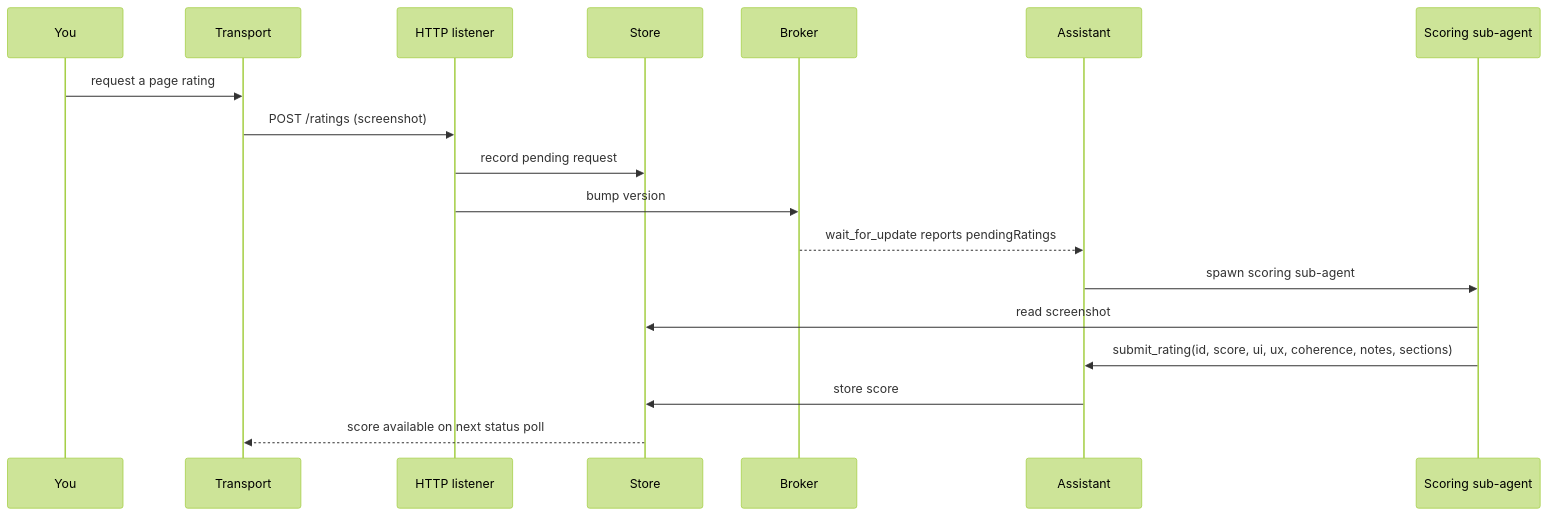
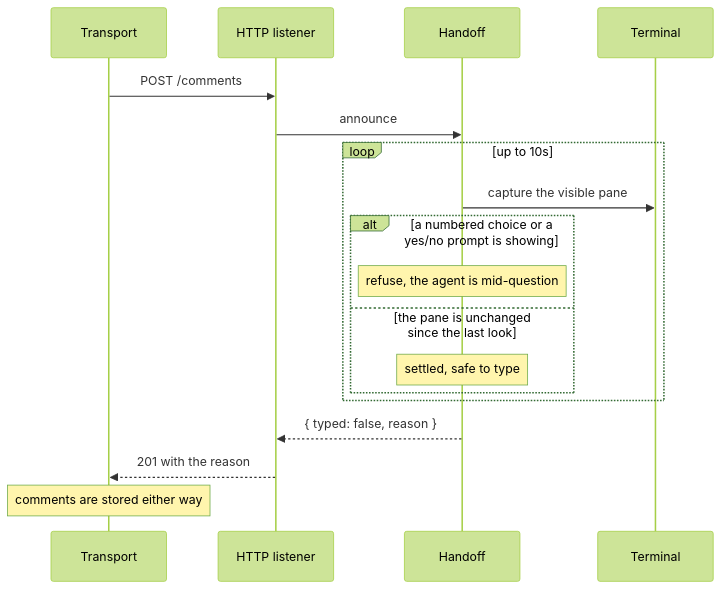
The third of 3 diagrams in docs/flows.md (pallandir/claude-comments), drawn with Mermaid (forest theme) before and after one commit. The commit also changed other lines of this file and 16 other files, not shown here.

First line of the commit message:
docs: rewrite for the terminal handoff and Firefox support

````diff
--- a/docs/flows.md
+++ b/docs/flows.md
@@ -110,21 +78,21 @@
 ```mermaid
 sequenceDiagram
-    participant U as You
     participant X as Transport
     participant H as HTTP listener
-    participant S as Store
-    participant B as Broker
-    participant A as Assistant
-    participant G as Scoring sub-agent
+    participant K as Handoff
+    participant P as Terminal
 
-    U->>X: request a page rating
-    X->>H: POST /ratings (screenshot)
-    H->>S: record pending request
-    H->>B: bump version
-    B-->>A: wait_for_update reports pendingRatings
-    A->>G: spawn scoring sub-agent
-    G->>S: read screenshot
-    G->>A: submit_rating(id, score, ui, ux, coherence, notes, sections)
-    A->>S: store score
-    S-->>X: score available on next status poll
+    X->>H: POST /comments
+    H->>K: announce
+    loop up to 10s
+        K->>P: capture the visible pane
+        alt a numbered choice or a yes/no prompt is showing
+            Note over K: refuse, the agent is mid-question
+        else the pane is unchanged since the last look
+            Note over K: settled, safe to type
+        end
+    end
+    K-->>H: { typed: false, reason }
+    H-->>X: 201 with the reason
+    Note over X: comments are stored either way
 ```
````
